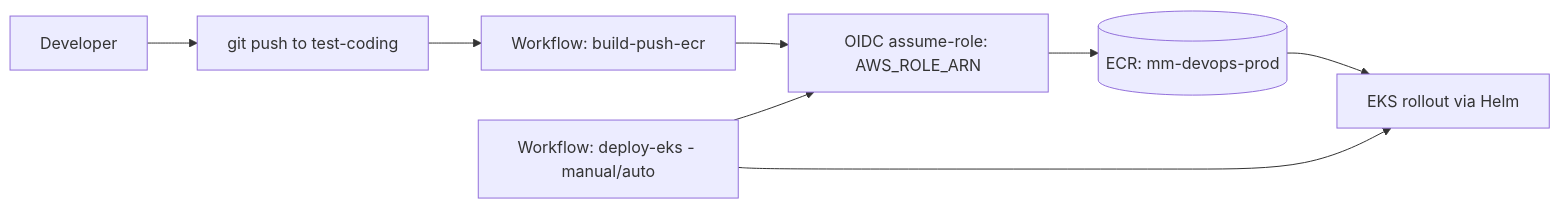
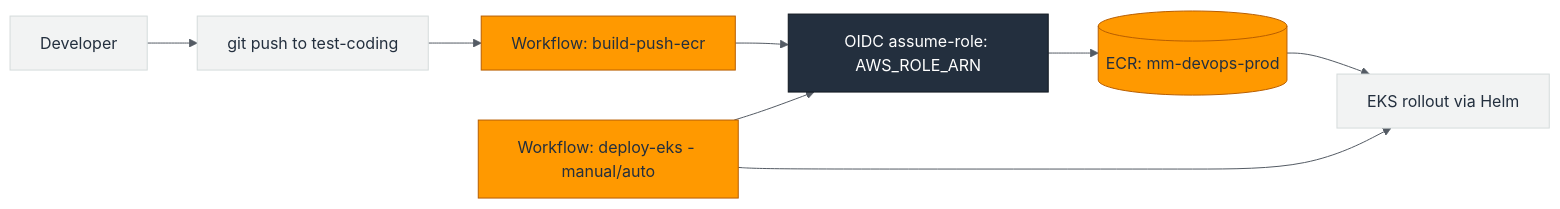
The diagram in docs/cicd-pipeline.md (saeed0000000/project-mattermost), drawn with Mermaid before and after one commit. The commit also changed 1 other file, not shown here.

Commit message:
docs: style mermaid diagrams with aws-like theme

````diff
--- a/docs/cicd-pipeline.md
+++ b/docs/cicd-pipeline.md
@@ -3,16 +3,36 @@
 ```mermaid
+%%{init: {'theme':'base','themeVariables':{
+  'fontFamily':'Segoe UI, Arial, sans-serif',
+  'primaryColor':'#FF9900',
+  'primaryTextColor':'#232F3E',
+  'primaryBorderColor':'#B85E00',
+  'lineColor':'#545B64',
+  'tertiaryColor':'#F2F3F3'
+}}}%%
+
 flowchart LR
   dev[Developer]
   push[git push to test-coding]
   build[Workflow: build-push-ecr]
   oidc[OIDC assume-role: AWS_ROLE_ARN]
   ecr[(ECR: mm-devops-prod)]
   deploy[Workflow: deploy-eks - manual/auto]
   eks[EKS rollout via Helm]
 
   dev --> push --> build
   build --> oidc --> ecr
   deploy --> oidc
   ecr --> eks
   deploy --> eks
+
+  classDef awsfill fill:#FF9900,stroke:#B85E00,color:#232F3E;
+  classDef dark fill:#232F3E,stroke:#111820,color:#FFFFFF;
+  classDef light fill:#F2F3F3,stroke:#D5DBDB,color:#232F3E;
+
+  class dev light;
+  class push light;
+  class build,deploy awsfill;
+  class oidc dark;
+  class ecr awsfill;
+  class eks light;
 ```
````
